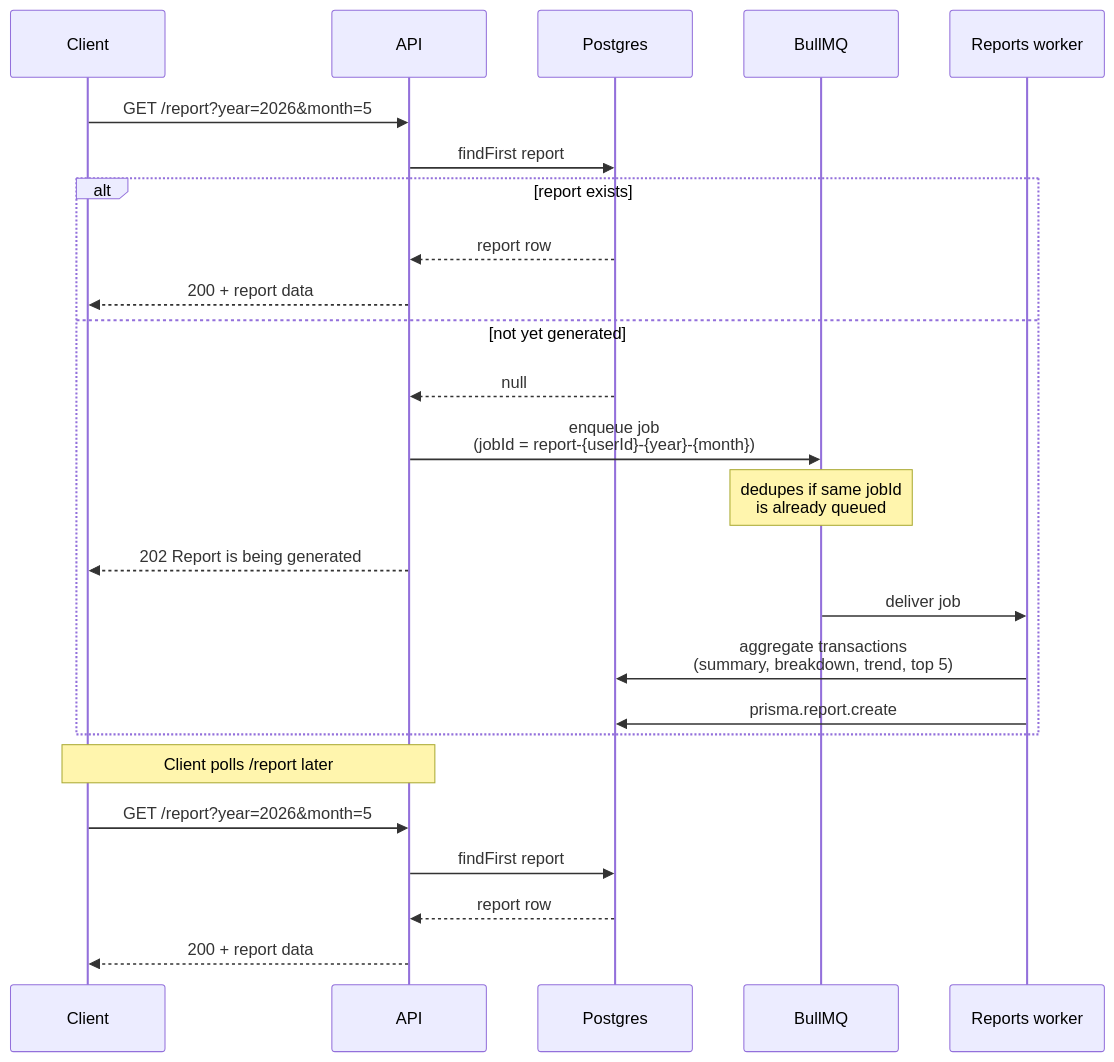
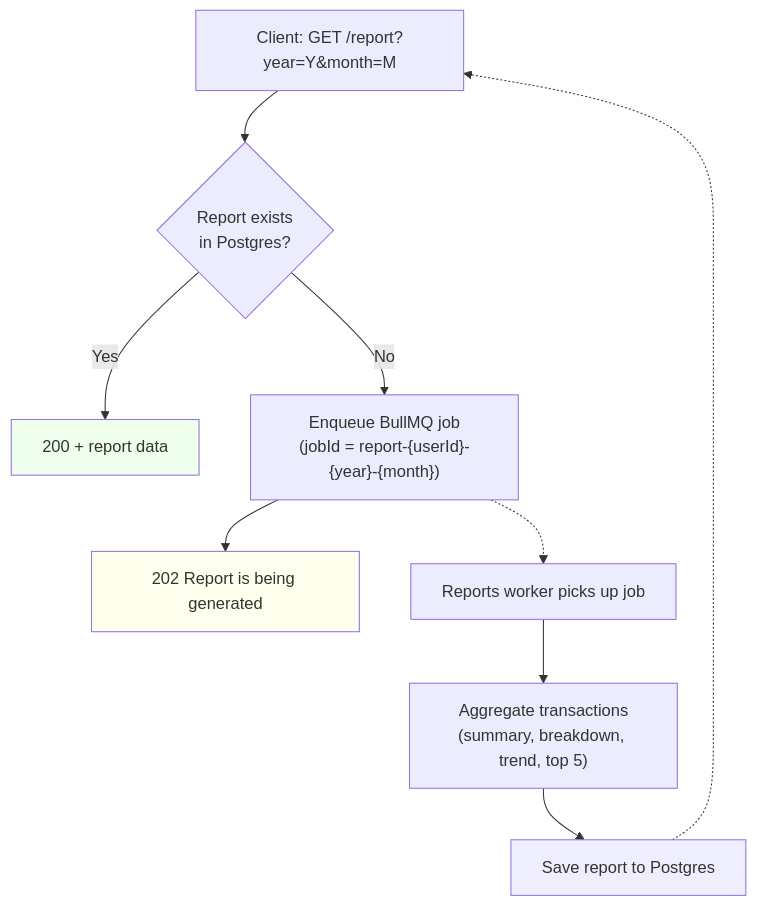
One commit to AndrewKliusa/finance-app changed the second of 2 diagrams in README.md. Above: the diagram before and after it, drawn with Mermaid. The commit also changed 1 other file, not shown here.

Commit message:
Some improvements to reports diagram

````diff
--- a/README.md
+++ b/README.md
@@ -215,29 +215,15 @@
 ```mermaid
-sequenceDiagram
-    participant C as Client
-    participant API as API
-    participant DB as Postgres
-    participant Q as BullMQ
-    participant W as Reports worker
+flowchart TB
+    A["Client: GET /report?year=Y&month=M"] --> B{"Report exists<br/>in Postgres?"}
+    B -- Yes --> C["200 + report data"]
+    B -- No --> D["Enqueue BullMQ job<br/>(jobId = report-{userId}-{year}-{month})"]
+    D --> E["202 Report is being generated"]
+    D -.-> F["Reports worker picks up job"]
+    F --> G["Aggregate transactions<br/>(summary, breakdown, trend, top 5)"]
+    G --> H["Save report to Postgres"]
+    H -.-> A
 
-    C->>API: GET /report?year=2026&month=5
-    API->>DB: findFirst report
-    alt report exists
-        DB-->>API: report row
-        API-->>C: 200 + report data
-    else not yet generated
-        DB-->>API: null
-        API->>Q: enqueue job<br/>(jobId = report-{userId}-{year}-{month})
-        Note over Q: dedupes if same jobId<br/>is already queued
-        API-->>C: 202 Report is being generated
-        Q->>W: deliver job
-        W->>DB: aggregate transactions<br/>(summary, breakdown, trend, top 5)
-        W->>DB: prisma.report.create
-    end
-
-    Note over C,API: Client polls /report later
-    C->>API: GET /report?year=2026&month=5
-    API->>DB: findFirst report
-    DB-->>API: report row
-    API-->>C: 200 + report data
+    style C fill:#efe
+    style E fill:#ffe
+    style H fill:#eef
 ```
````
